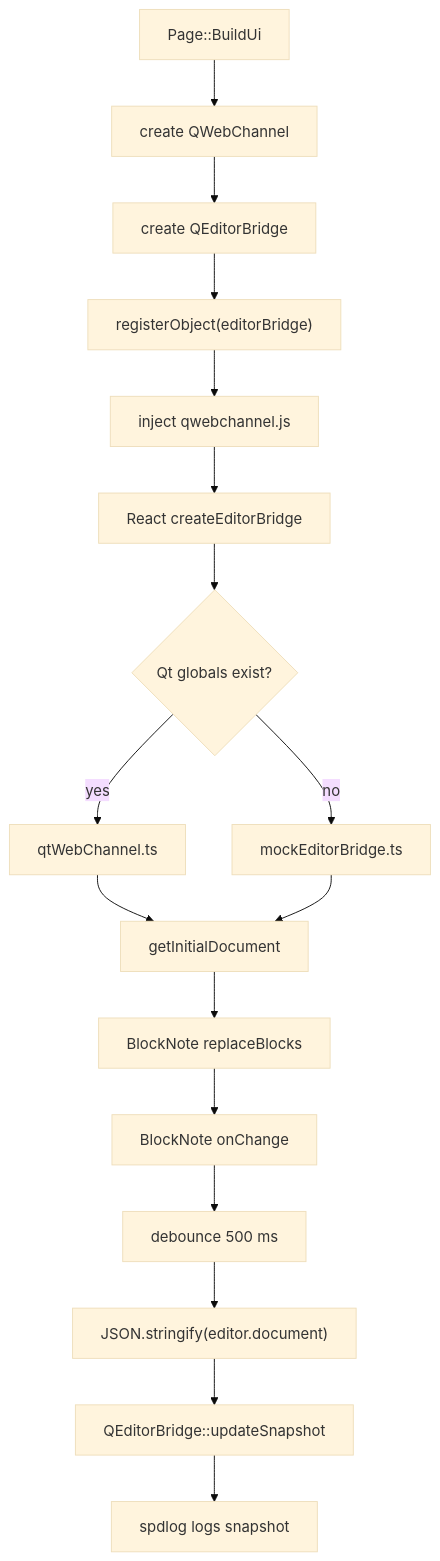
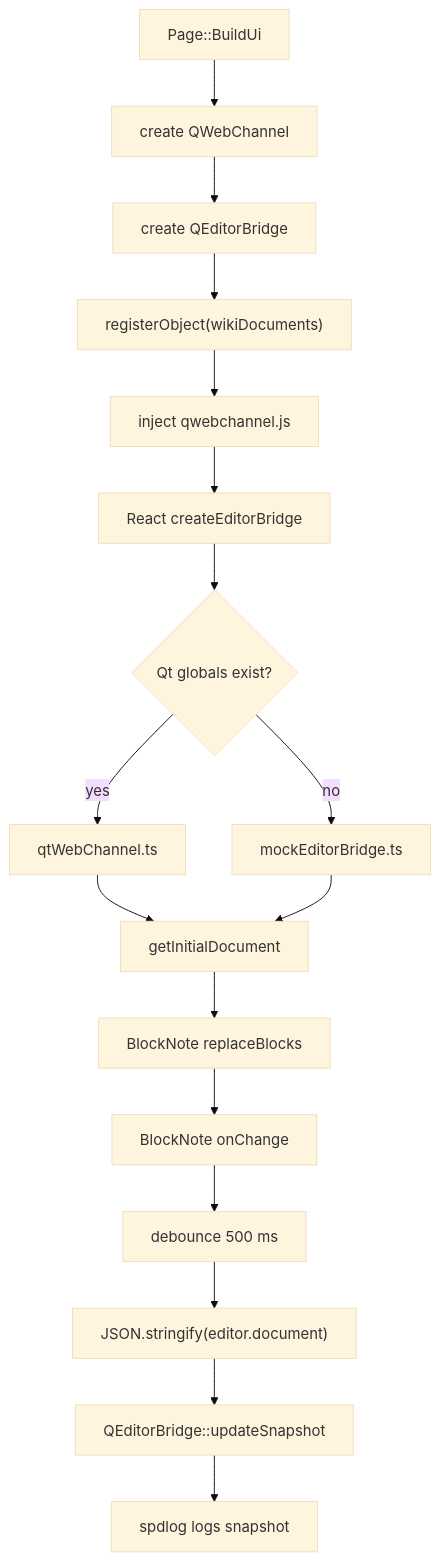
The eighth of 9 diagrams in doc/architecture/QWebChannel_Editor_Bridge_Explained.md (Artem535/CppWiki), drawn with Mermaid (base theme) before and after one commit. The commit also changed other lines of this file and 4 other files, not shown here.

````diff
--- a/doc/architecture/QWebChannel_Editor_Bridge_Explained.md
+++ b/doc/architecture/QWebChannel_Editor_Bridge_Explained.md
@@ -654,26 +673,26 @@
 ```mermaid
 flowchart TD
   A["Page::BuildUi"]
   B["create QWebChannel"]
   C["create QEditorBridge"]
-  D["registerObject(editorBridge)"]
+  D["registerObject(wikiDocuments)"]
   E["inject qwebchannel.js"]
   F["React createEditorBridge"]
   G{"Qt globals exist?"}
   H["qtWebChannel.ts"]
   I["mockEditorBridge.ts"]
   J["getInitialDocument"]
   K["BlockNote replaceBlocks"]
   L["BlockNote onChange"]
   M["debounce 500 ms"]
   N["JSON.stringify(editor.document)"]
   O["QEditorBridge::updateSnapshot"]
   P["spdlog logs snapshot"]
 
   A --> B --> C --> D --> E --> F --> G
   G -->|yes| H
   G -->|no| I
   H --> J
   I --> J
   J --> K --> L --> M --> N --> O --> P
 ```
````
